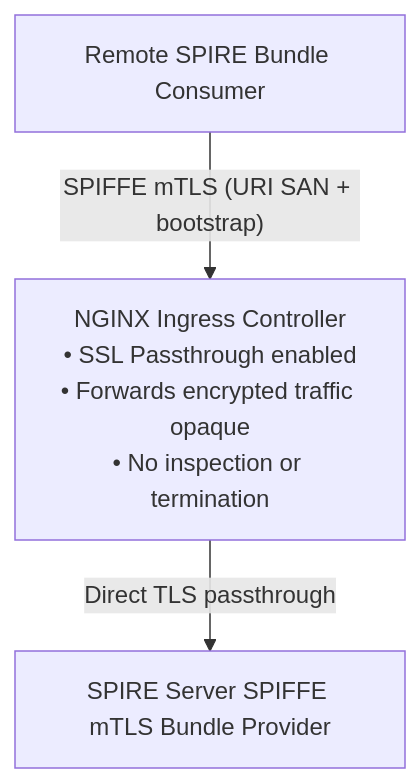
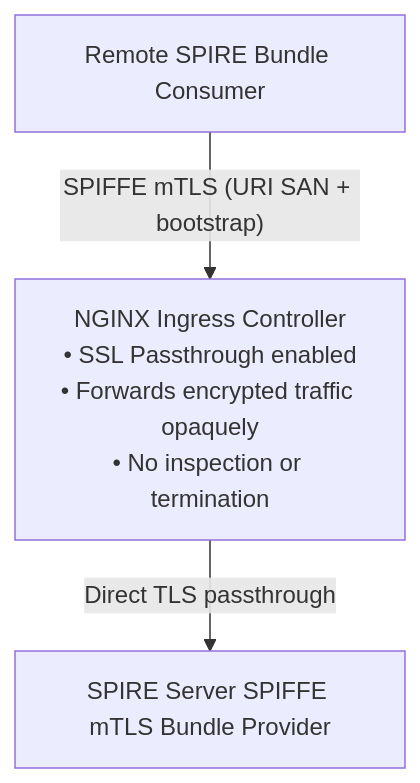
Before and after one commit to agntcy/docs: the second of 2 diagrams in docs/dir/federation-profiles.md, drawn with Mermaid. The commit also changed other lines of this file and 9 other files, not shown here.

````diff
--- a/docs/dir/federation-profiles.md
+++ b/docs/dir/federation-profiles.md
@@ -113,9 +114,9 @@
-```mermaid
-flowchart TB
-  Remote[Remote SPIRE Bundle Consumer]
-  NGINX[NGINX Ingress Controller<br/>• SSL Passthrough enabled<br/>• Forwards encrypted traffic opaque<br/>• No inspection or termination]
-  SPIRE[SPIRE Server SPIFFE mTLS Bundle Provider]
+    ```mermaid
+    flowchart TB
+      Remote[Remote SPIRE Bundle Consumer]
+      NGINX[NGINX Ingress Controller<br/>• SSL Passthrough enabled<br/>• Forwards encrypted traffic opaquely<br/>• No inspection or termination]
+      SPIRE[SPIRE Server SPIFFE mTLS Bundle Provider]
 
-  Remote -->|"SPIFFE mTLS (URI SAN + bootstrap)"| NGINX
-  NGINX -->|"Direct TLS passthrough"| SPIRE
-```
+      Remote -->|"SPIFFE mTLS (URI SAN + bootstrap)"| NGINX
+      NGINX -->|"Direct TLS passthrough"| SPIRE
+    ```
````
